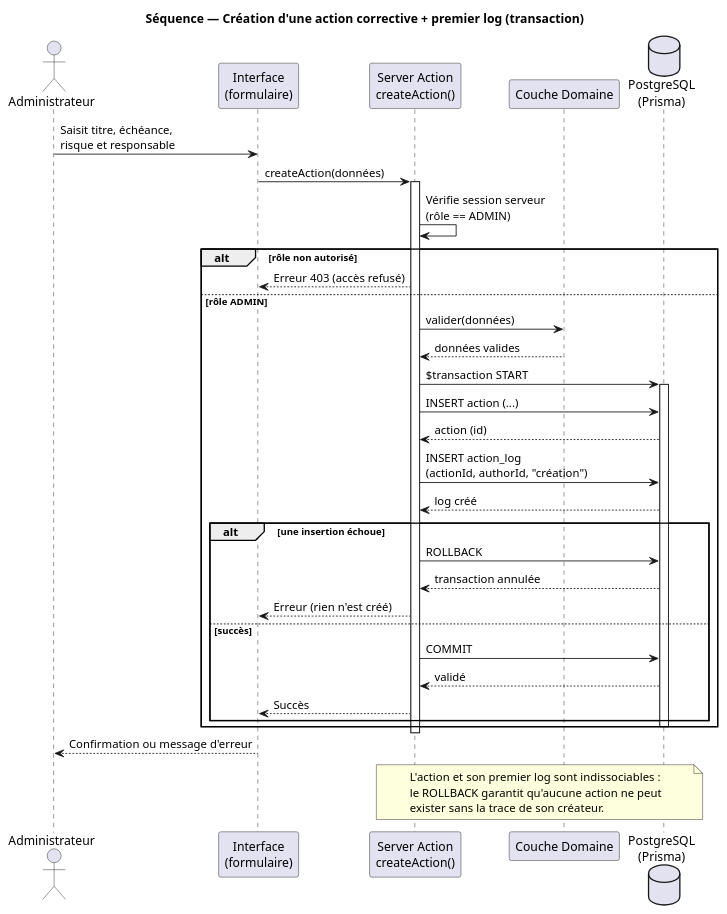
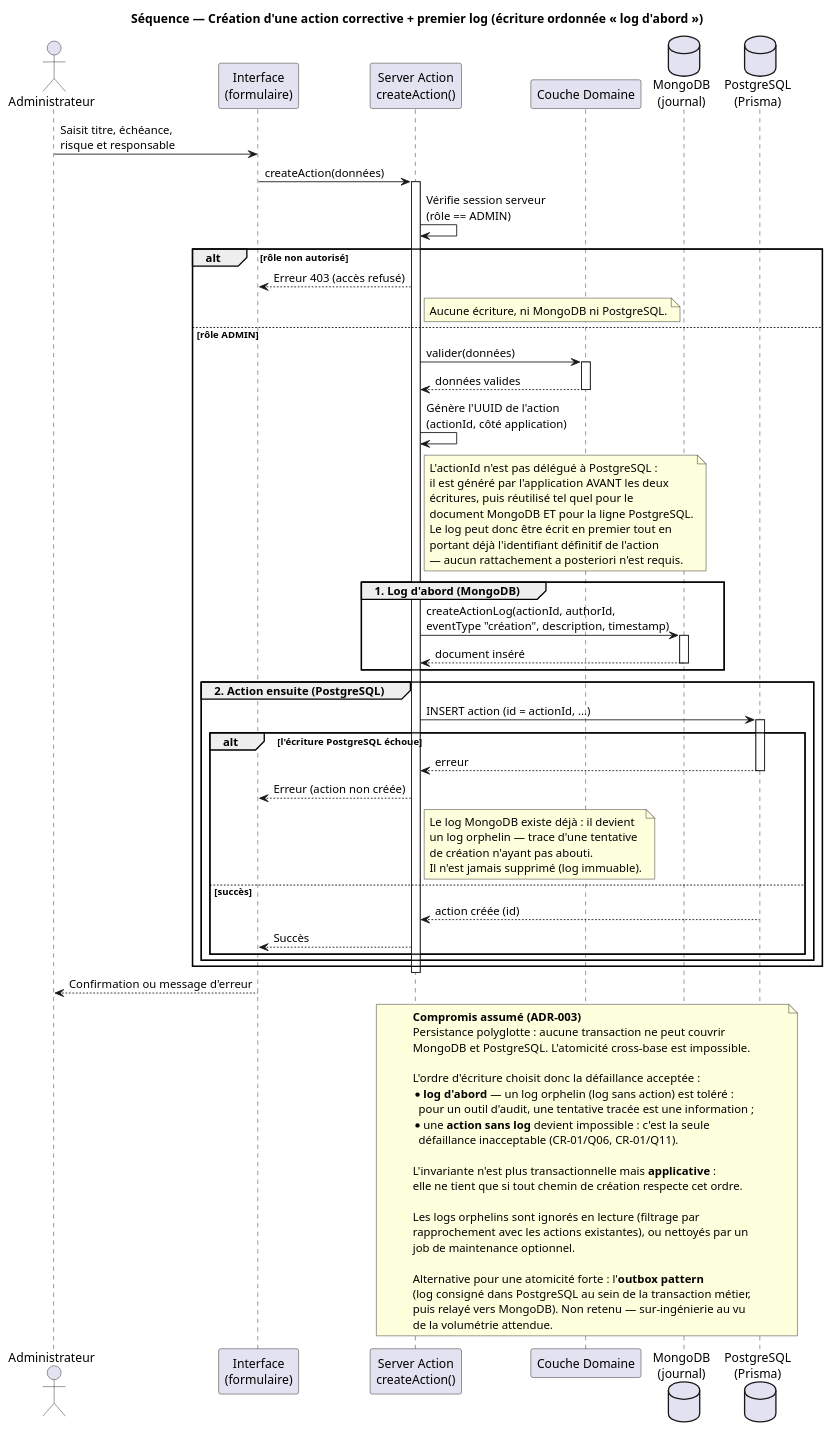
Before and after one commit to M8-Avatar/SecuTrack: the diagram in docs/uml/sequences/creer-action-avec-log.puml, drawn with PlantUML. The commit also changed 7 other files, not shown here.

Commit message:
design(adr): ADR-003 persistance polyglotte SQL+NoSQL (journal en MongoDB)

```diff
--- a/docs/uml/sequences/creer-action-avec-log.puml
+++ b/docs/uml/sequences/creer-action-avec-log.puml
@@ -1,50 +1,95 @@
 @startuml
-title Séquence — Création d'une action corrective + premier log (transaction)
-' Trace : SPEC-ACTION-01, SPEC-ACTION-03
-' Illustre l'invariante : Action + premier ActionLog créés atomiquement
+title Séquence — Création d'une action corrective + premier log (écriture ordonnée « log d'abord »)
+' Trace : SPEC-ACTION-01, SPEC-ACTION-03, ADR-003
+' Illustre l'invariante applicative : jamais d'action sans trace (log orphelin toléré)
 
 actor "Administrateur" as admin
 participant "Interface\n(formulaire)" as ui
 participant "Server Action\ncreateAction()" as server
 participant "Couche Domaine" as domain
+database "MongoDB\n(journal)" as mongo
 database "PostgreSQL\n(Prisma)" as db
 
 admin -> ui : Saisit titre, échéance,\nrisque et responsable
 ui -> server : createAction(données)
 activate server
 
 server -> server : Vérifie session serveur\n(rôle == ADMIN)
 
 alt rôle non autorisé
     server --> ui : Erreur 403 (accès refusé)
+    note right of server
+      Aucune écriture, ni MongoDB ni PostgreSQL.
+    end note
 else rôle ADMIN
     server -> domain : valider(données)
+    activate domain
     domain --> server : données valides
+    deactivate domain
 
-    server -> db : $transaction START
+    server -> server : Génère l'UUID de l'action\n(actionId, côté application)
+    note right of server
+      L'actionId n'est pas délégué à PostgreSQL :
+      il est généré par l'application AVANT les deux
+      écritures, puis réutilisé tel quel pour le
+      document MongoDB ET pour la ligne PostgreSQL.
+      Le log peut donc être écrit en premier tout en
+      portant déjà l'identifiant définitif de l'action
+      — aucun rattachement a posteriori n'est requis.
+    end note
+
+    group 1. Log d'abord (MongoDB)
+        server -> mongo : createActionLog(actionId, authorId,\neventType "création", description, timestamp)
+        activate mongo
+        mongo --> server : document inséré
+        deactivate mongo
+    end
+
+    group 2. Action ensuite (PostgreSQL)
+    server -> db : INSERT action (id = actionId, ...)
     activate db
-    server -> db : INSERT action (...)
-    db --> server : action (id)
-    server -> db : INSERT action_log\n(actionId, authorId, "création")
-    db --> server : log créé
 
-    alt une insertion échoue
-        server -> db : ROLLBACK
-        db --> server : transaction annulée
-        server --> ui : Erreur (rien n'est créé)
+    alt l'écriture PostgreSQL échoue
+        db --> server : erreur
+        deactivate db
+        server --> ui : Erreur (action non créée)
+        note right of server
+          Le log MongoDB existe déjà : il devient
+          un log orphelin — trace d'une tentative
+          de création n'ayant pas abouti.
+          Il n'est jamais supprimé (log immuable).
+        end note
     else succès
-        server -> db : COMMIT
-        db --> server : validé
+        db --> server : action créée (id)
+        deactivate db
         server --> ui : Succès
     end
-    deactivate db
+    end
 end
 deactivate server
 ui --> admin : Confirmation ou message d'erreur
 
 note over server, db
-  L'action et son premier log sont indissociables :
-  le ROLLBACK garantit qu'aucune action ne peut
-  exister sans la trace de son créateur.
+  **Compromis assumé (ADR-003)**
+  Persistance polyglotte : aucune transaction ne peut couvrir
+  MongoDB et PostgreSQL. L'atomicité cross-base est impossible.
+
+  L'ordre d'écriture choisit donc la défaillance acceptée :
+  * **log d'abord** — un log orphelin (log sans action) est toléré :
+    pour un outil d'audit, une tentative tracée est une information ;
+  * une **action sans log** devient impossible : c'est la seule
+    défaillance inacceptable (CR-01/Q06, CR-01/Q11).
+
+  L'invariante n'est plus transactionnelle mais **applicative** :
+  elle ne tient que si tout chemin de création respecte cet ordre.
+
+  Les logs orphelins sont ignorés en lecture (filtrage par
+  rapprochement avec les actions existantes), ou nettoyés par un
+  job de maintenance optionnel.
+
+  Alternative pour une atomicité forte : l'**outbox pattern**
+  (log consigné dans PostgreSQL au sein de la transaction métier,
+  puis relayé vers MongoDB). Non retenu — sur-ingénierie au vu
+  de la volumétrie attendue.
 end note
 @enduml
```
